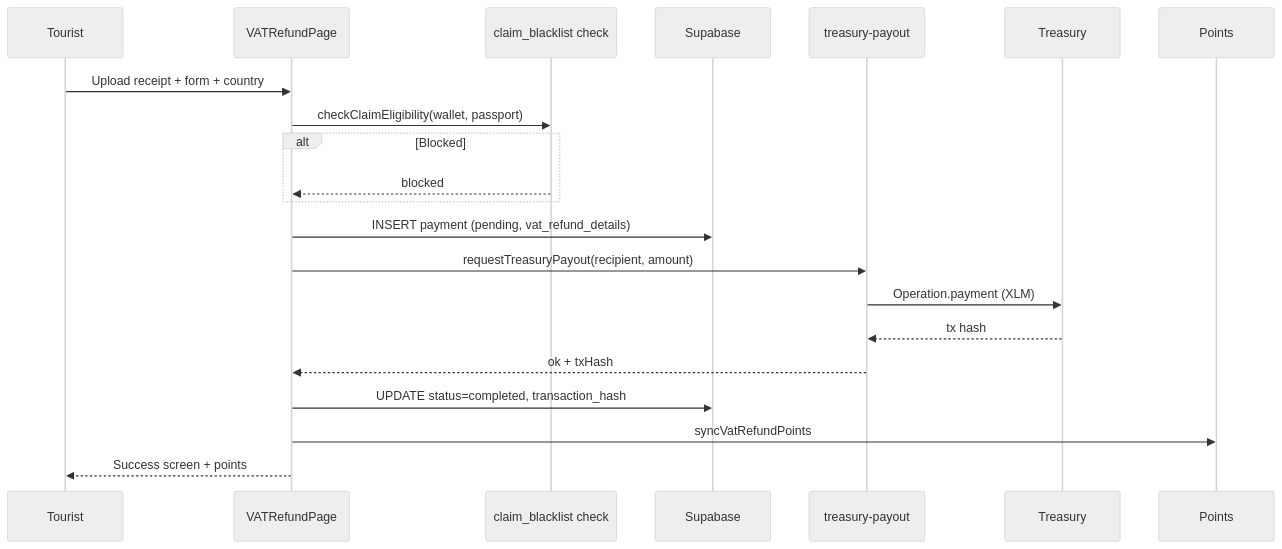
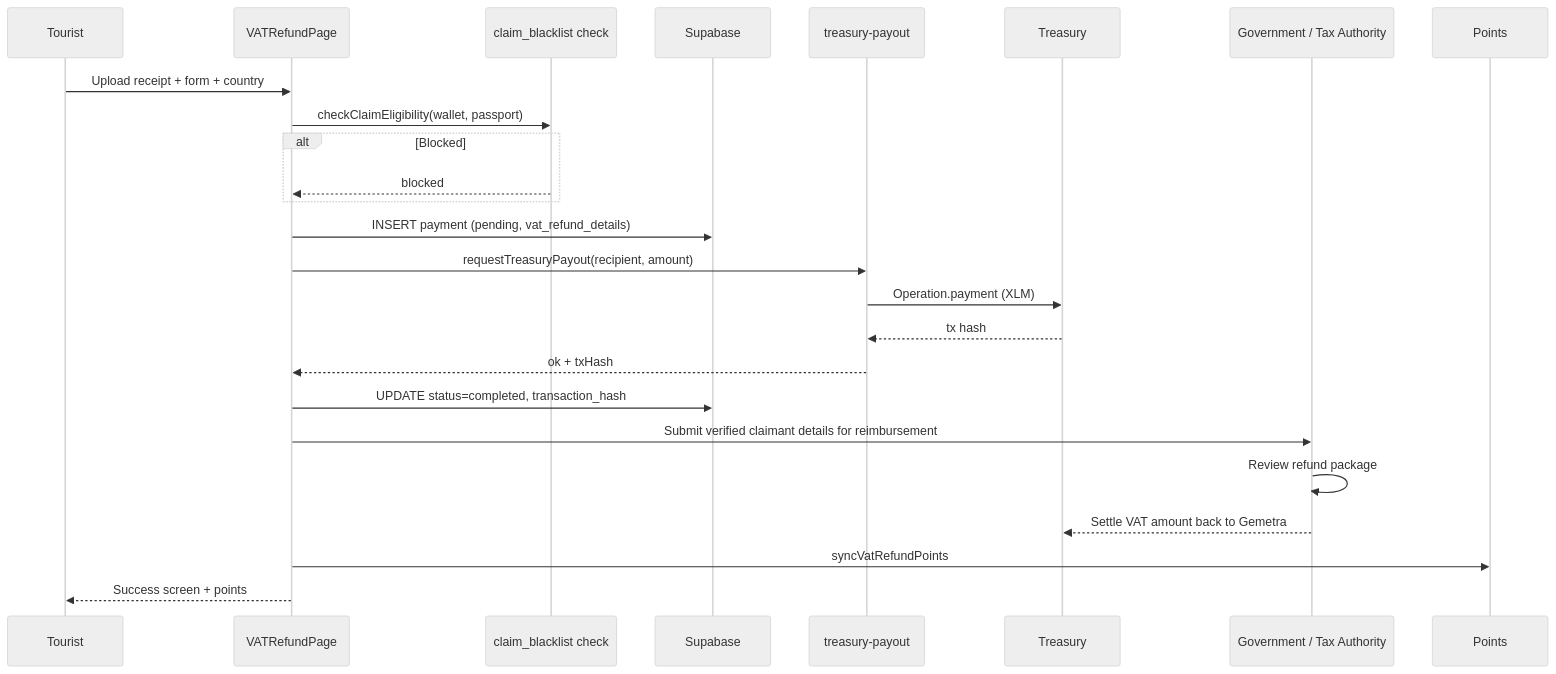
One commit to AmaanSayyad/Gemetra-XLM changed the fifth of 8 diagrams in README.md. Above: the diagram before and after it, drawn with Mermaid (neutral theme). The commit also changed other lines of this file and 28 other files, not shown here.

````diff
--- a/README.md
+++ b/README.md
@@ -119,24 +162,28 @@
 ```mermaid
 sequenceDiagram
     participant Tourist
     participant App as VATRefundPage
     participant BL as claim_blacklist check
     participant SB as Supabase
     participant EF as treasury-payout
     participant Treasury
+    participant Gov as Government / Tax Authority
     participant Points
 
     Tourist->>App: Upload receipt + form + country
     App->>BL: checkClaimEligibility(wallet, passport)
     alt Blocked
         BL-->>App: blocked
     end
     App->>SB: INSERT payment (pending, vat_refund_details)
     App->>EF: requestTreasuryPayout(recipient, amount)
     EF->>Treasury: Operation.payment (XLM)
     Treasury-->>EF: tx hash
     EF-->>App: ok + txHash
     App->>SB: UPDATE status=completed, transaction_hash
+    App->>Gov: Submit verified claimant details for reimbursement
+    Gov->>Gov: Review refund package
+    Gov-->>Treasury: Settle VAT amount back to Gemetra
     App->>Points: syncVatRefundPoints
     App-->>Tourist: Success screen + points
 ```
````
